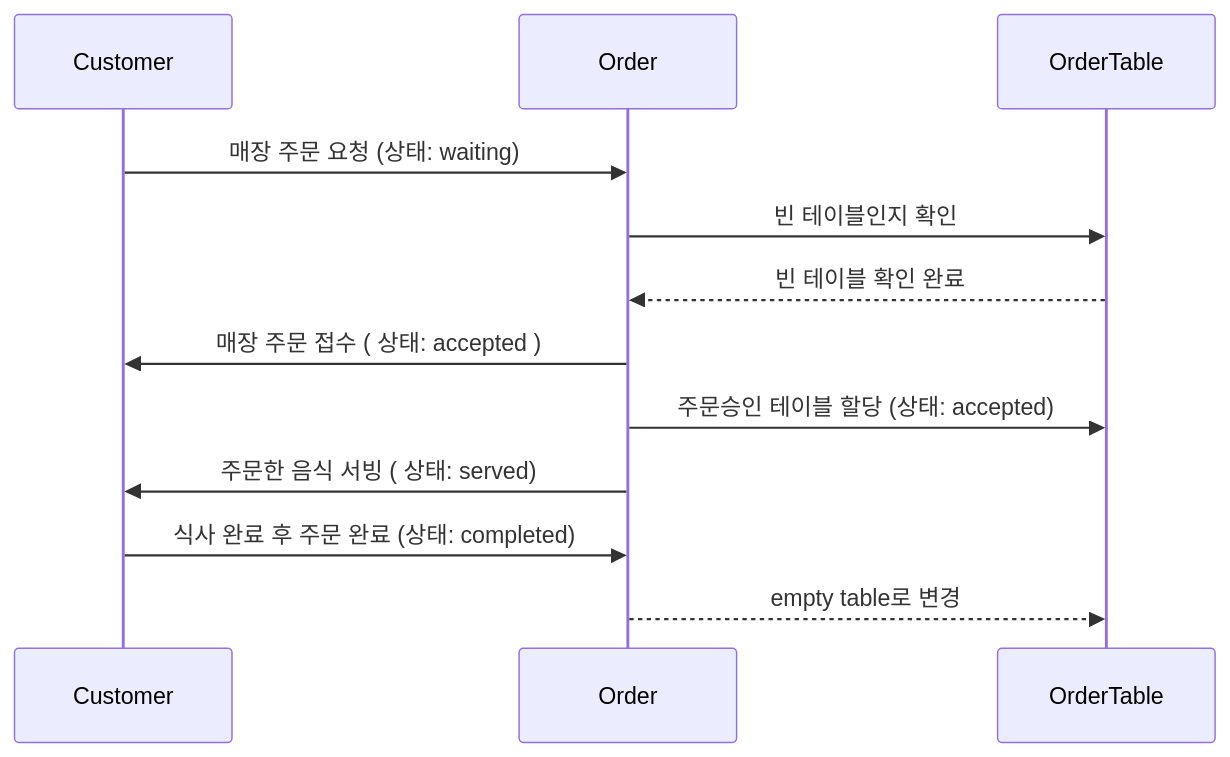
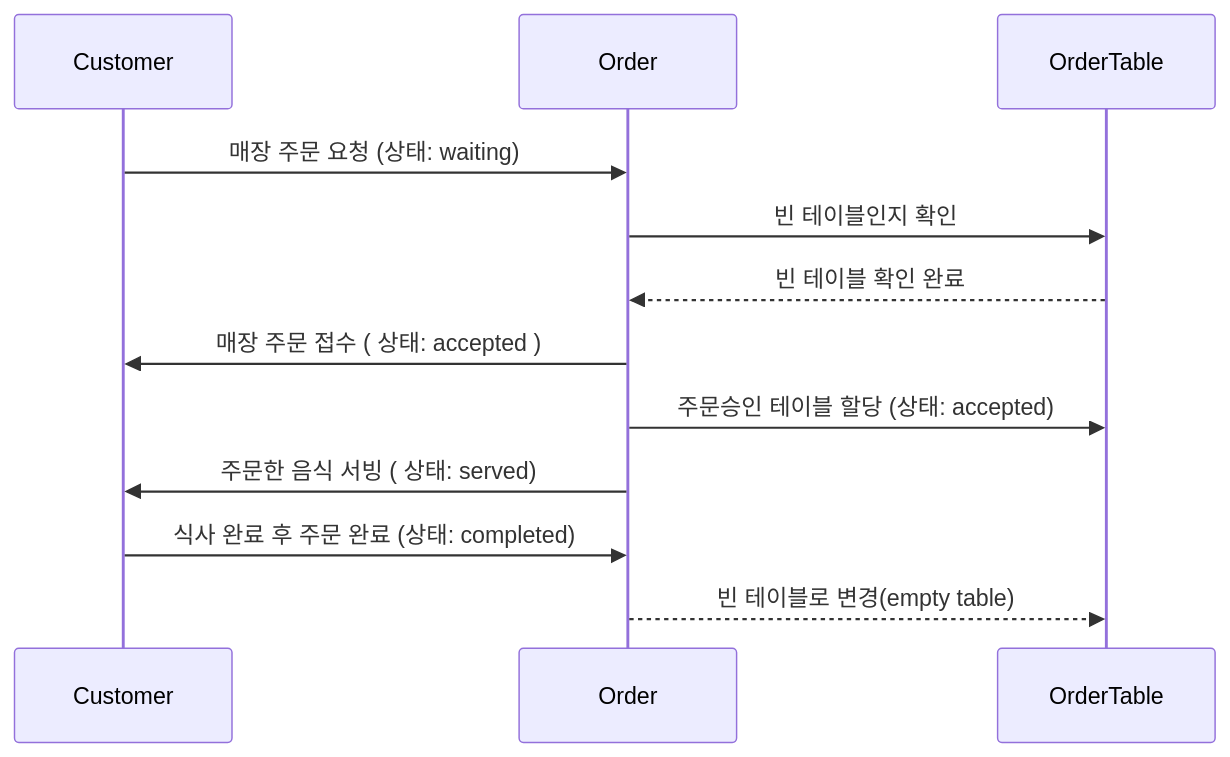
The sixth of 8 diagrams in README.md (Whale0928/ddd-strategic-design), drawn with Mermaid before and after one commit. The commit also changed other lines of this file, not shown here.

````diff
--- a/README.md
+++ b/README.md
@@ -286,14 +299,14 @@
 ```mermaid
 sequenceDiagram
     participant Customer
     participant Order
     participant OrderTable
     Customer ->> Order: 매장 주문 요청 (상태: waiting)
     Order ->> OrderTable: 빈 테이블인지 확인
     OrderTable -->> Order: 빈 테이블 확인 완료
     Order ->> Customer: 매장 주문 접수 ( 상태: accepted )
     Order ->> OrderTable: 주문승인 테이블 할당 (상태: accepted)
     Order ->> Customer: 주문한 음식 서빙 ( 상태: served)
     Customer ->> Order: 식사 완료 후 주문 완료 (상태: completed)
-    Order -->> OrderTable: empty table로 변경
+    Order -->> OrderTable: 빈 테이블로 변경(empty table)
 ```
````
